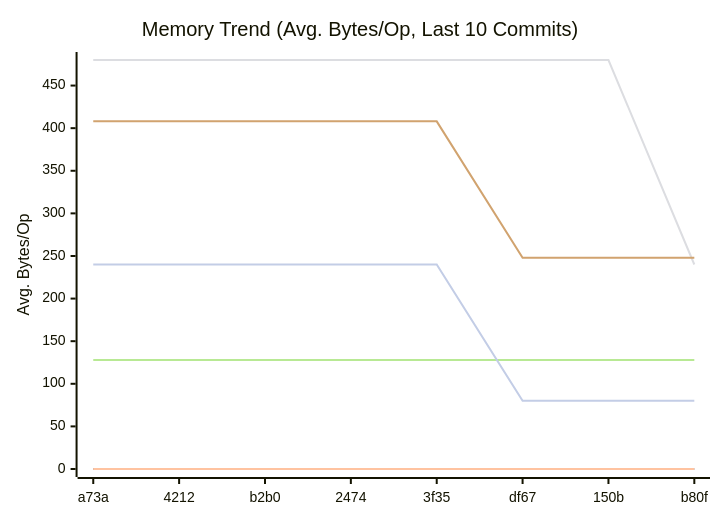
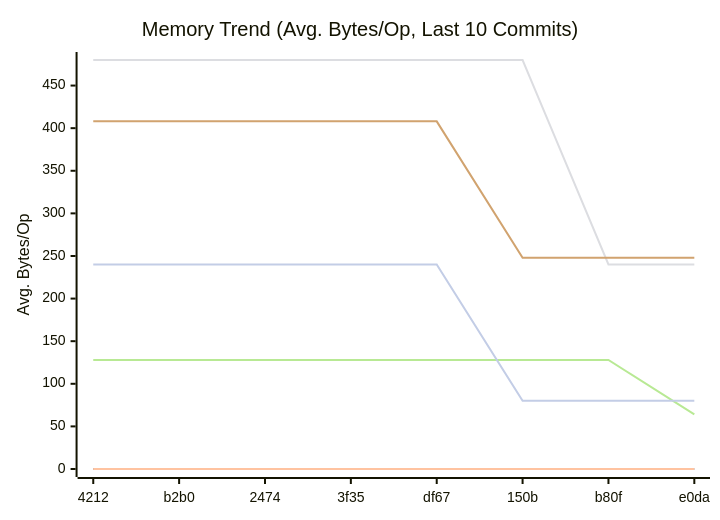
Before and after one commit to alsotoes/momo: the second of 3 diagrams in docs/README.md, drawn with Mermaid. The commit also changed other lines of this file and 1 other file, not shown here.

````diff
--- a/docs/README.md
+++ b/docs/README.md
@@ -157,14 +157,14 @@
 ```mermaid
 xychart-beta
     title "Memory Trend (Avg. Bytes/Op, Last 10 Commits)"
     x-axis "Commit"
     y-axis "Avg. Bytes/Op"
-    x-axis [a73a,4212,b2b0,2474,3f35,df67,150b,b80f]
+    x-axis [4212,b2b0,2474,3f35,df67,150b,b80f,e0da]
     line "CheckMetricsAndSwap" [0,0,0,0,0,0,0,0,0,0]
     line "IndexDirectTracking" [0,0,0,0,0,0,0,0,0,0]
     line "IndexSearch" [0,0,0,0,0,0,0,0,0,0]
-    line "LoadGlobalConfig" [480,480,480,480,480,480,480,240,240,240]
-    line "PadString" [128,128,128,128,128,128,128,128,64,64]
+    line "LoadGlobalConfig" [480,480,480,480,480,480,240,240,240,240]
+    line "PadString" [128,128,128,128,128,128,128,64,64,64]
     line "ParseReplicationOrder_NoPrealloc" [408,408,408,408,408,248,248,248,248,248]
     line "ParseReplicationOrder_Prealloc" [240,240,240,240,240,80,80,80,80,80]
 ```
````
